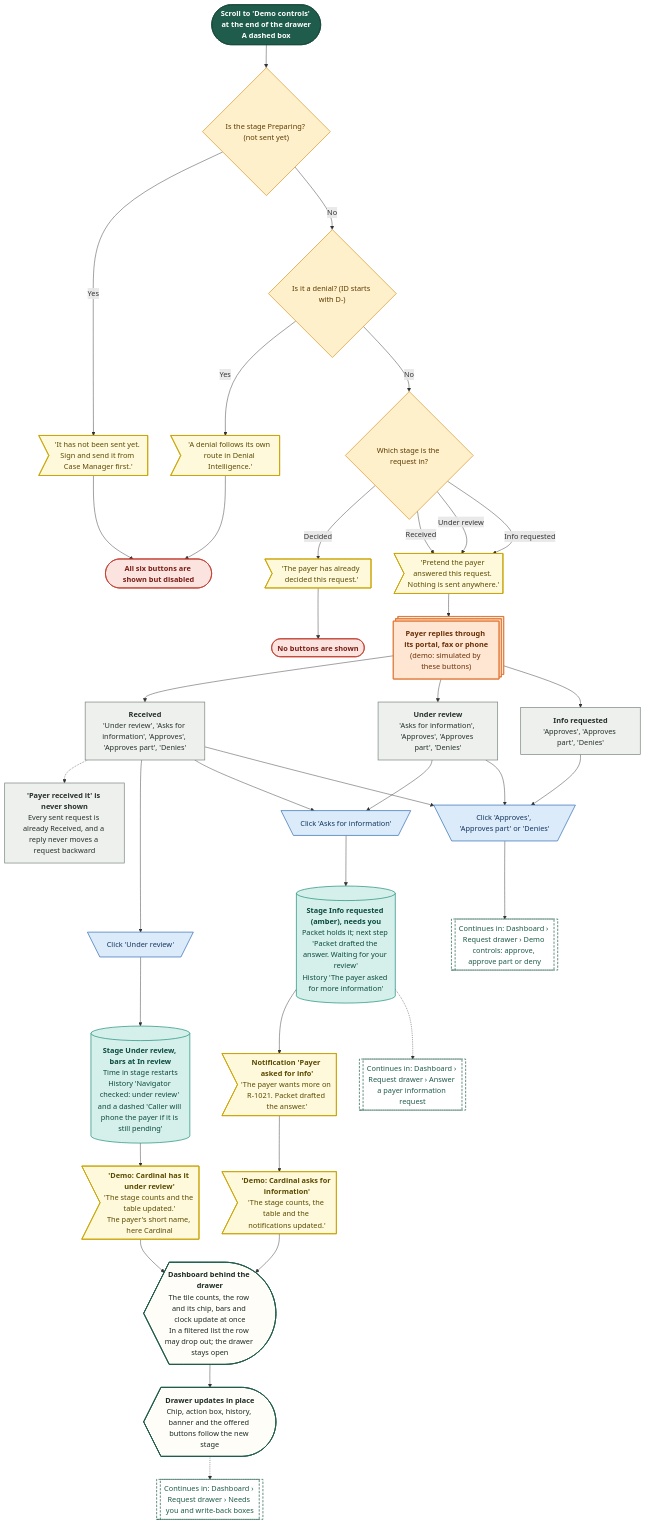
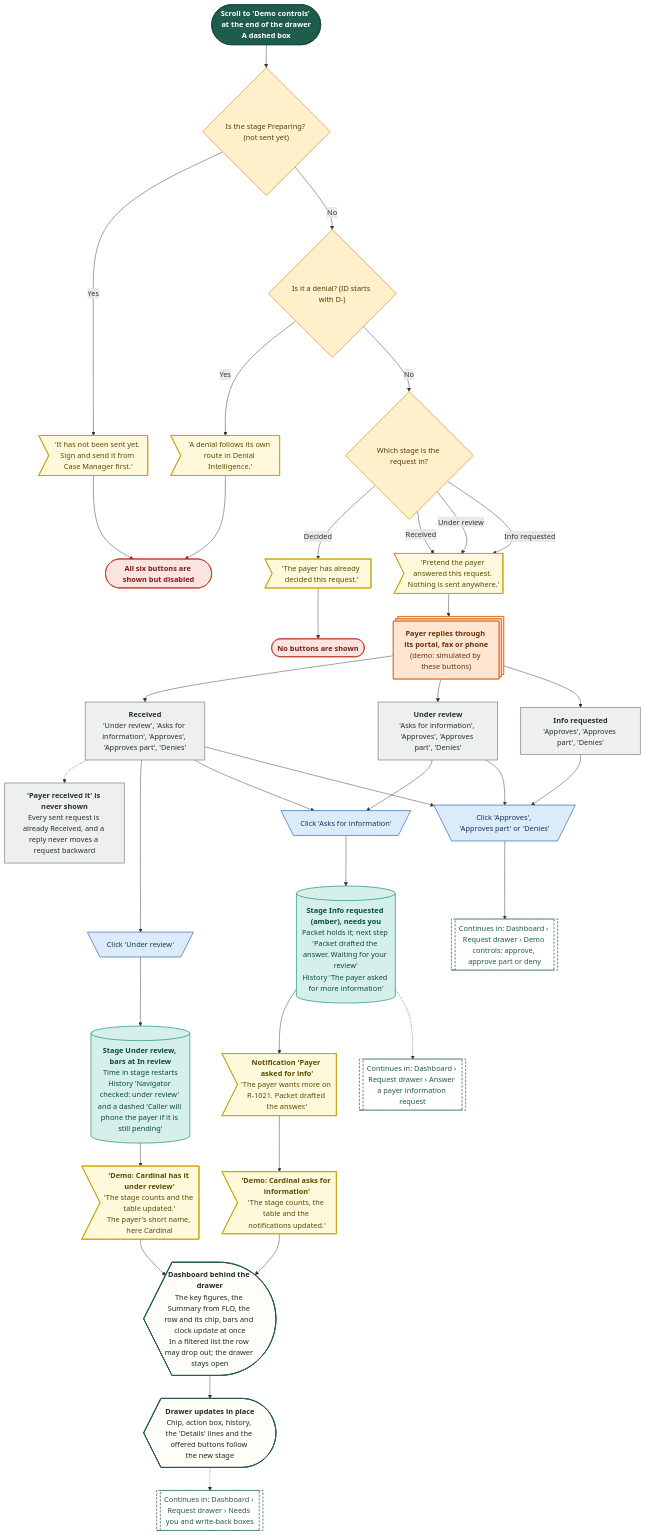
Diagram 19 of 21 in demos/prior-auth-demo/workflows/out/md/02-dashboard.md (Shrav143/psyfloapp), drawn with Mermaid before and after one commit. The commit also changed other lines of this file and 192 other files, not shown here.

First line of the commit message:
docs: changelog by sidebar tab; README, diagrams and Settings layout aligned with the refinement; shared InfoTip; referral cost-share line

````diff
--- a/demos/prior-auth-demo/workflows/out/md/02-dashboard.md
+++ b/demos/prior-auth-demo/workflows/out/md/02-dashboard.md
@@ -1290,76 +1468,76 @@
 ```mermaid
 %%{init: {"theme":"base","themeVariables":{"fontFamily":"'DM Sans', 'Segoe UI', system-ui, sans-serif","fontSize":"15px","lineColor":"#5B6B63","primaryTextColor":"#1C2B25","clusterBkg":"#FBF8F3","clusterBorder":"#D9CDBB","edgeLabelBackground":"#FFFFFF"},"flowchart":{"curve":"basis","nodeSpacing":36,"rankSpacing":48,"padding":12,"htmlLabels":true,"useMaxWidth":false,"wrappingWidth":230}} }%%
 flowchart TD
   classDef k_start fill:#1F5C4B,stroke:#174638,color:#FFFFFF,stroke-width:1.5px,font-weight:600
   classDef k_end fill:#DDEFE3,stroke:#2E7D4F,color:#14502F,stroke-width:1.5px,font-weight:600
   classDef k_endx fill:#FBE3E0,stroke:#C0392B,color:#7A1F16,stroke-width:1.5px,font-weight:600
   classDef k_screen fill:#FFFDF8,stroke:#1F5C4B,color:#1C2B25,stroke-width:2px
   classDef k_overlay fill:#F1F7F3,stroke:#1F5C4B,color:#1C2B25,stroke-width:2px,stroke-dasharray:5 3
   classDef k_click fill:#DCEBFA,stroke:#2F6DB5,color:#12365F,stroke-width:1.5px
   classDef k_input fill:#E4E7FF,stroke:#4C5FD5,color:#1D2670,stroke-width:1.5px
   classDef k_process fill:#EEF0EE,stroke:#7A857F,color:#26302B,stroke-width:1.5px
   classDef k_agent fill:#EEE5FA,stroke:#7A4FC2,color:#341A63,stroke-width:1.5px
   classDef k_decision fill:#FFF0CC,stroke:#D9962B,color:#5C3B00,stroke-width:1.5px
   classDef k_store fill:#D5F0EA,stroke:#1C8E7B,color:#0B4A3F,stroke-width:1.5px
   classDef k_doc fill:#F6E9DC,stroke:#B07A4C,color:#4A2E14,stroke-width:1.5px
   classDef k_ext fill:#FFE6D2,stroke:#E07B39,color:#6B2F06,stroke-width:1.5px
   classDef k_wait fill:#E4E8EE,stroke:#6B7C93,color:#26303D,stroke-width:1.5px
   classDef k_toast fill:#FFF9DB,stroke:#C9A400,color:#5A4A00,stroke-width:1.5px
   classDef k_goto fill:#FFFFFF,stroke:#1F5C4B,color:#1F5C4B,stroke-width:1.5px,stroke-dasharray:5 3
   s1@{ shape: stadium, label: "<b>Scroll to 'Demo controls' at the end of the drawer</b><br/>A dashed box" }
   d1@{ shape: diam, label: "Is the stage Preparing? (not sent yet)" }
   d2@{ shape: diam, label: "Is it a denial? (ID starts with D-)" }
   d3@{ shape: diam, label: "Which stage is the request in?" }
   m1@{ shape: odd, label: "'It has not been sent yet. Sign and send it from Case Manager first.'" }
   m2@{ shape: odd, label: "'A denial follows its own route in Denial Intelligence.'" }
   m3@{ shape: odd, label: "'The payer has already decided this request.'" }
   m4@{ shape: odd, label: "'Pretend the payer answered this request. Nothing is sent anywhere.'" }
   x1@{ shape: stadium, label: "All six buttons are shown but disabled" }
   x3@{ shape: stadium, label: "No buttons are shown" }
   p1@{ shape: rect, label: "<b>Received</b><br/>'Under review', 'Asks for information', 'Approves', 'Approves part', 'Denies'" }
   p2@{ shape: rect, label: "<b>Under review</b><br/>'Asks for information', 'Approves', 'Approves part', 'Denies'" }
   p3@{ shape: rect, label: "<b>Info requested</b><br/>'Approves', 'Approves part', 'Denies'" }
   p0@{ shape: rect, label: "<b>'Payer received it' is never shown</b><br/>Every sent request is already Received, and a reply never moves a request backward" }
   x2@{ shape: st-rect, label: "<b>Payer replies through its portal, fax or phone</b><br/>(demo: simulated by these buttons)" }
   c2@{ shape: trap-t, label: "Click 'Under review'" }
   w2@{ shape: cyl, label: "<b>Stage Under review, bars at In review</b><br/>Time in stage restarts<br/>History 'Navigator checked: under review' and a dashed 'Caller will phone the payer if it is still pending'" }
   t2@{ shape: odd, label: "<b>'Demo: Cardinal has it under review'</b><br/>'The stage counts and the table updated.'<br/>The payer's short name, here Cardinal" }
   c3@{ shape: trap-t, label: "Click 'Asks for information'" }
   w3@{ shape: cyl, label: "<b>Stage Info requested (amber), needs you</b><br/>Packet holds it; next step 'Packet drafted the answer. Waiting for your review'<br/>History 'The payer asked for more information'" }
   n1@{ shape: odd, label: "<b>Notification 'Payer asked for info'</b><br/>'The payer wants more on R-1021. Packet drafted the answer.'" }
   t3@{ shape: odd, label: "<b>'Demo: Cardinal asks for information'</b><br/>'The stage counts, the table and the notifications updated.'" }
-  sc@{ shape: curv-trap, label: "<b>Dashboard behind the drawer</b><br/>The tile counts, the row and its chip, bars and clock update at once<br/>In a filtered list the row may drop out; the drawer stays open" }
-  sd@{ shape: curv-trap, label: "<b>Drawer updates in place</b><br/>Chip, action box, history, banner and the offered buttons follow the new stage" }
+  sc@{ shape: curv-trap, label: "<b>Dashboard behind the drawer</b><br/>The key figures, the Summary from FLO, the row and its chip, bars and clock update at once<br/>In a filtered list the row may drop out; the drawer stays open" }
+  sd@{ shape: curv-trap, label: "<b>Drawer updates in place</b><br/>Chip, action box, history, the 'Details' lines and the offered buttons follow the new stage" }
   c4@{ shape: trap-t, label: "Click 'Approves', 'Approves part' or 'Denies'" }
   g1@{ shape: subproc, label: "Continues in: Dashboard › Request drawer › Demo controls: approve, approve part or deny" }
   g2@{ shape: subproc, label: "Continues in: Dashboard › Request drawer › Answer a payer information request" }
   g3@{ shape: subproc, label: "Continues in: Dashboard › Request drawer › Needs you and write-back boxes" }
   s1 --> d1
   d1 -->|"Yes"| m1 --> x1
   d1 -->|"No"| d2
   d2 -->|"Yes"| m2 --> x1
   d2 -->|"No"| d3
   d3 -->|"Decided"| m3 --> x3
   d3 -->|"Received"| m4
   d3 -->|"Under review"| m4
   d3 -->|"Info requested"| m4
   m4 --> x2
   x2 --> p1 & p2 & p3
   p1 -.-> p0
   p1 --> c2 --> w2 --> t2 --> sc
   p1 & p2 --> c3 --> w3 --> n1 --> t3 --> sc
   p1 & p2 & p3 --> c4 --> g1
   sc --> sd
   w3 -.-> g2
   sd -.-> g3
   class s1 k_start
   class d1,d2,d3 k_decision
   class m1,m2,m3,m4,t2,n1,t3 k_toast
   class x1,x3 k_endx
   class p1,p2,p3,p0 k_process
   class x2 k_ext
   class c2,c3,c4 k_click
   class w2,w3 k_store
   class sc,sd k_screen
   class g1,g2,g3 k_goto
 ```
````
